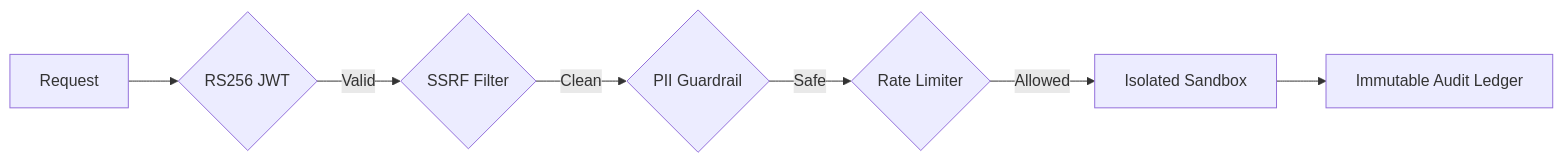
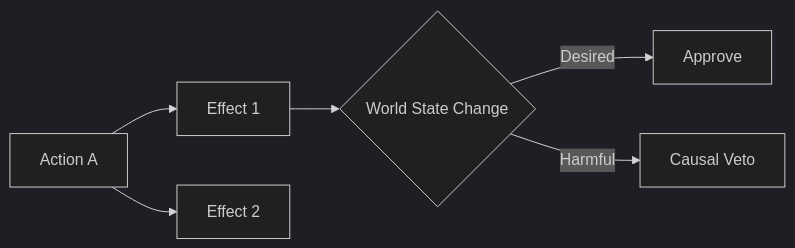
One commit to Blackdrg/levi-ai-innovate changed the seventh of 15 diagrams in README.md. Above: the diagram before and after it, drawn with Mermaid. The commit also changed other lines of this file and 61 other files, not shown here.

````diff
--- a/README.md
+++ b/README.md
@@ -206,9 +408,9 @@
 ```mermaid
+%%{init: {'theme': 'dark', 'themeVariables': { 'primaryColor': '#ff00ff'}}}%%
 graph LR
-    Req[Request] --> JWT{RS256 JWT}
-    JWT -- Valid --> SSRF{SSRF Filter}
-    SSRF -- Clean --> PII{PII Guardrail}
-    PII -- Safe --> Rate{Rate Limiter}
-    Rate -- Allowed --> Sandbox[Isolated Sandbox]
-    Sandbox --> Audit[Immutable Audit Ledger]
+    Action[Action A] --> E1[Effect 1]
+    Action --> E2[Effect 2]
+    E1 --> Outcome{World State Change}
+    Outcome -- Desired --> Approve
+    Outcome -- Harmful --> Abort[Causal Veto]
 ```
````
